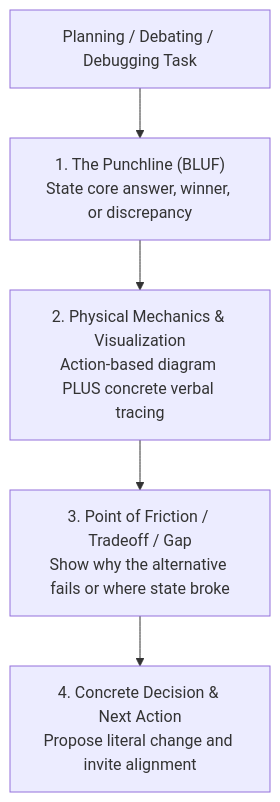
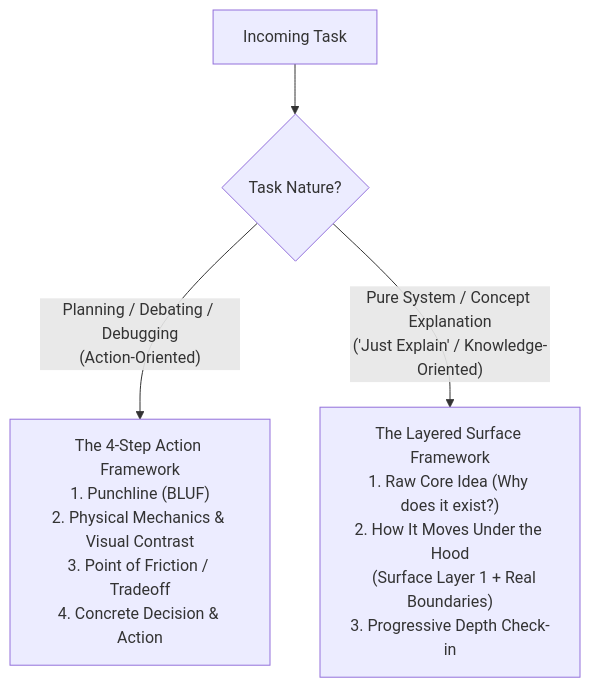
The diagram in productivity/your-co-engineer-for-this-jet-engine-is-an-infant/SKILL.md (loerei/myskills), drawn with Mermaid before and after one commit. The commit also changed other lines of this file and 1 other file, not shown here.

Commit message:
feat(jet-engine-infant): add multi-diagram visual contrast and layered explainer mode

````diff
--- a/productivity/your-co-engineer-for-this-jet-engine-is-an-infant/SKILL.md
+++ b/productivity/your-co-engineer-for-this-jet-engine-is-an-infant/SKILL.md
@@ -18,7 +22,8 @@
 ```mermaid
 flowchart TD
-    Start["Planning / Debating / Debugging Task"] --> Step1["1. The Punchline (BLUF)<br/>State core answer, winner, or discrepancy"]
-    Step1 --> Step2["2. Physical Mechanics & Visualization<br/>Action-based diagram PLUS concrete verbal tracing"]
-    Step2 --> Step3["3. Point of Friction / Tradeoff / Gap<br/>Show why the alternative fails or where state broke"]
-    Step3 --> Step4["4. Concrete Decision & Next Action<br/>Propose literal change and invite alignment"]
+    Task["Incoming Task"] --> TaskType{"Task Nature?"}
+    
+    TaskType -->|"Planning / Debating / Debugging<br/>(Action-Oriented)"| Framework4["The 4-Step Action Framework<br/>1. Punchline (BLUF)<br/>2. Physical Mechanics & Visual Contrast<br/>3. Point of Friction / Tradeoff<br/>4. Concrete Decision & Action"]
+    
+    TaskType -->|"Pure System / Concept Explanation<br/>('Just Explain' / Knowledge-Oriented)"| Framework3["The Layered Surface Framework<br/>1. Raw Core Idea (Why does it exist?)<br/>2. How It Moves Under the Hood<br/>   (Surface Layer 1 + Real Boundaries)<br/>3. Progressive Depth Check-in"]
 ```
````
